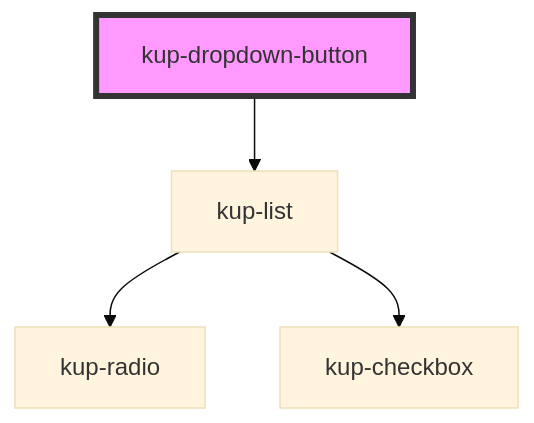
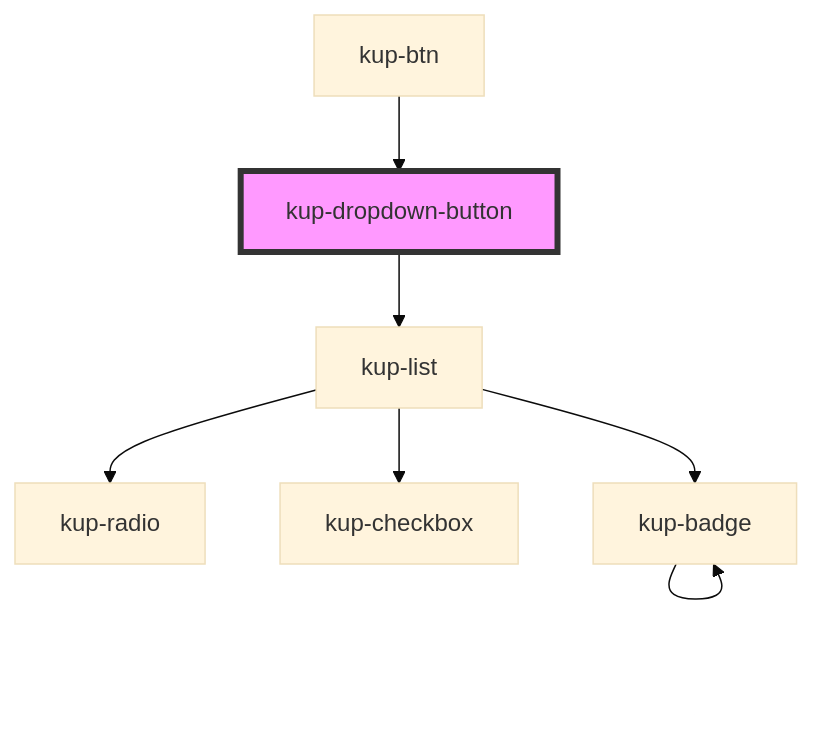
Before and after one commit to smeup/ketchup: the diagram in packages/ketchup/src/components/kup-dropdown-button/readme.md, drawn with Mermaid (base theme). The commit also changed other lines of this file and 40 other files, not shown here.

Commit message:
first commit, managed kup-btn

````diff
--- a/packages/ketchup/src/components/kup-dropdown-button/readme.md
+++ b/packages/ketchup/src/components/kup-dropdown-button/readme.md
@@ -85,7 +89,10 @@
 ```mermaid
 graph TD;
   kup-dropdown-button --> kup-list
   kup-list --> kup-radio
   kup-list --> kup-checkbox
+  kup-list --> kup-badge
+  kup-badge --> kup-badge
+  kup-btn --> kup-dropdown-button
   style kup-dropdown-button fill:#f9f,stroke:#333,stroke-width:4px
 ```
````
